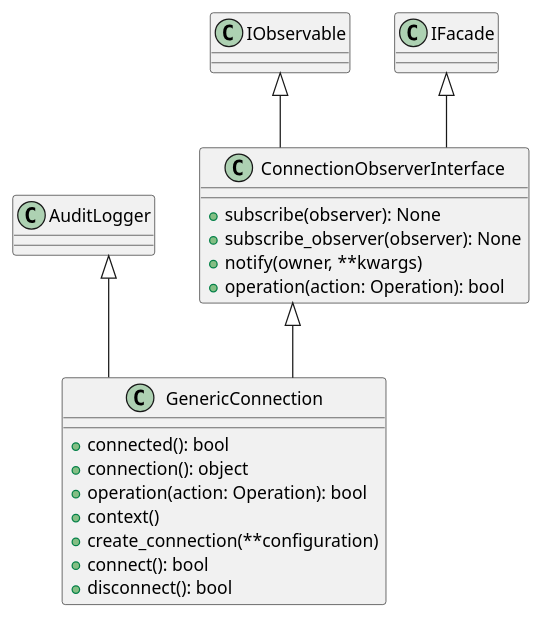
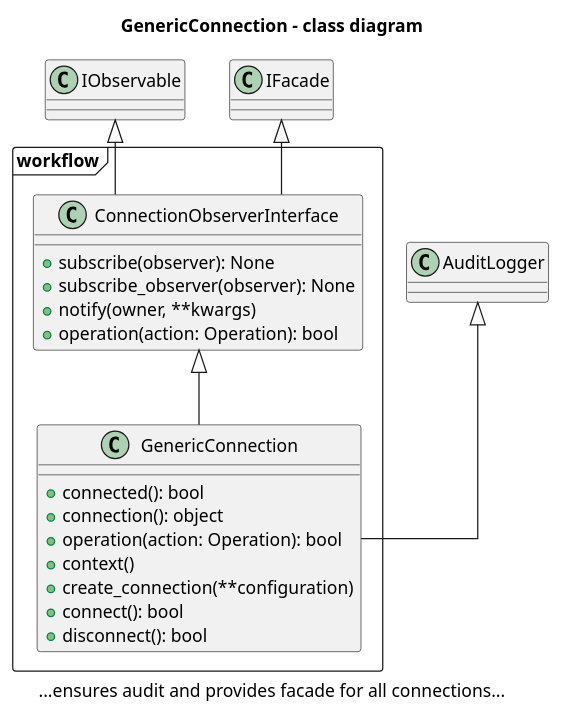
The diagram in doc/uml/connection.puml (wattleflow/workflow), drawn with PlantUML before and after one commit. The commit also changed 9 other files, not shown here.

```diff
--- a/doc/uml/connection.puml
+++ b/doc/uml/connection.puml
@@ -1,23 +1,30 @@
 @startuml
+
+title GenericConnection - class diagram
+caption ...ensures audit and provides facade for all connections...
+
 skinparam linetype ortho
 !pragma teoz true
-class ConnectionObserverInterface {
-  + subscribe(observer): None
-  + subscribe_observer(observer): None
-  + notify(owner, **kwargs)
-  + operation(action: Operation): bool
-}
-class GenericConnection {
-  + connected(): bool
-  + connection(): object
-  + operation(action: Operation): bool
-  + context()
-  + create_connection(**configuration)
-  + connect(): bool
-  + disconnect(): bool
+
+frame "workflow" {
+  class ConnectionObserverInterface {
+    + subscribe(observer): None
+    + subscribe_observer(observer): None
+    + notify(owner, **kwargs)
+    + operation(action: Operation): bool
+  }
+  class GenericConnection {
+    + connected(): bool
+    + connection(): object
+    + operation(action: Operation): bool
+    + context()
+    + create_connection(**configuration)
+    + connect(): bool
+    + disconnect(): bool
+  }
 }
 IObservable <|-- ConnectionObserverInterface
 IFacade <|-- ConnectionObserverInterface
 ConnectionObserverInterface <|-- GenericConnection
 AuditLogger <|-- GenericConnection
 @enduml
```
